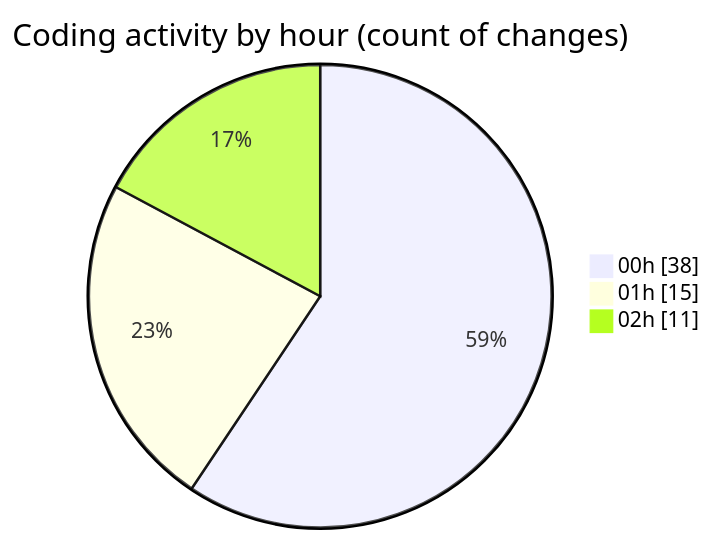
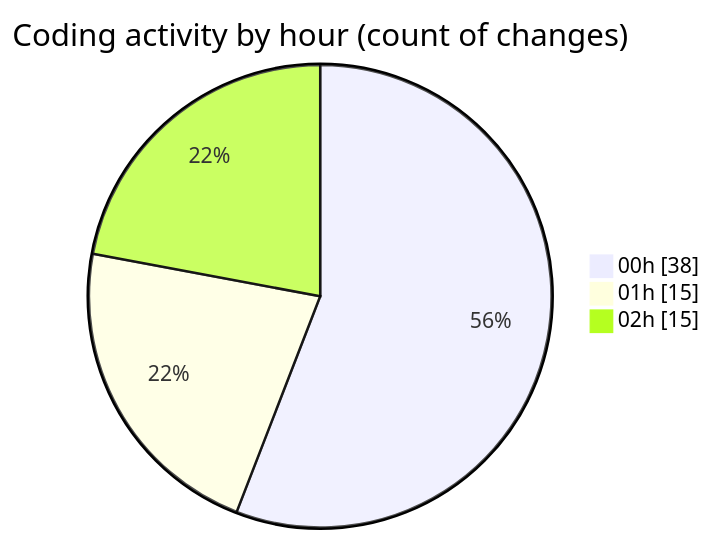
The second of 2 diagrams in 2025-03-08/uber_clone/README.md (donsfak/code-tracking), drawn with Mermaid before and after one commit. The commit also changed other lines of this file and 1 other file, not shown here.

````diff
--- a/2025-03-08/uber_clone/README.md
+++ b/2025-03-08/uber_clone/README.md
@@ -34,7 +34,7 @@
 ```mermaid
 pie showData
 title Coding activity by hour (count of changes)
 "00h" : 38
 "01h" : 15
-"02h" : 11
+"02h" : 15
 ```
````
